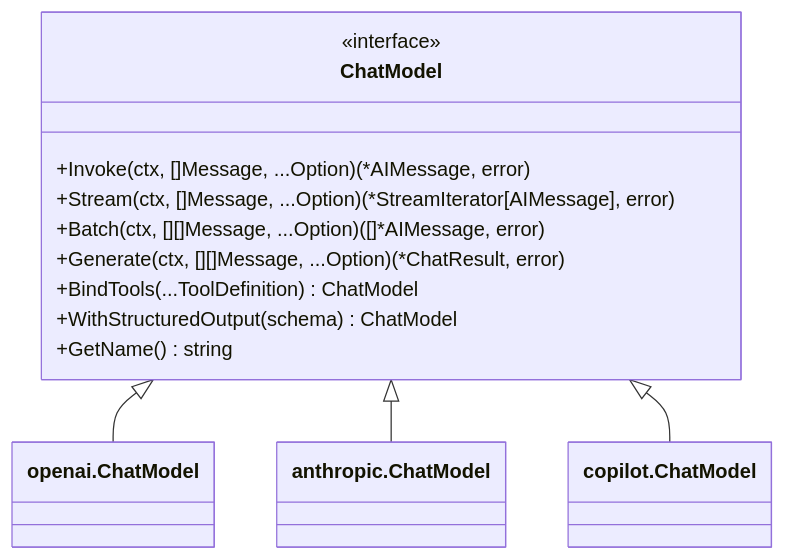
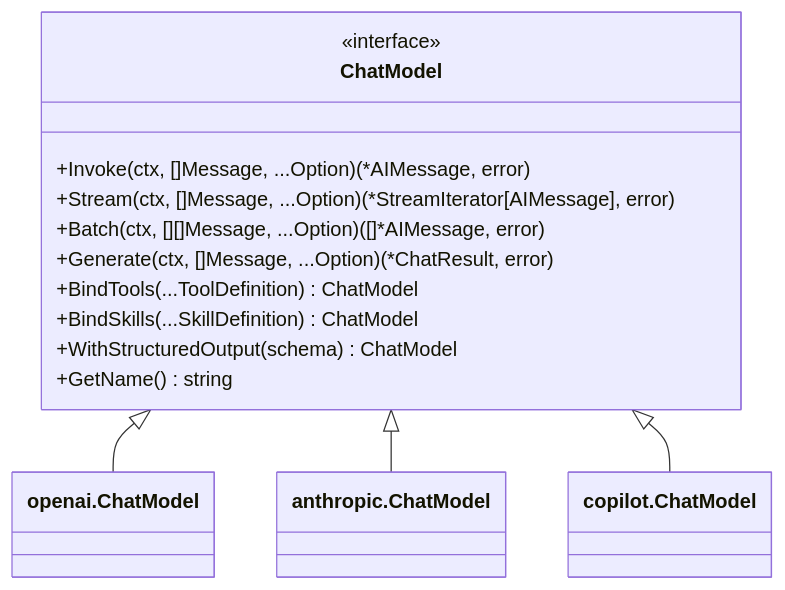
One commit to LucaLanziani/langchain-go changed the first of 2 diagrams in doc/providers.md. Above: the diagram before and after it, drawn with Mermaid. The commit also changed other lines of this file and 17 other files, not shown here.

````diff
--- a/doc/providers.md
+++ b/doc/providers.md
@@ -29,16 +33,17 @@
 ```mermaid
 classDiagram
     class ChatModel {
         <<interface>>
         +Invoke(ctx, []Message, ...Option) (*AIMessage, error)
         +Stream(ctx, []Message, ...Option) (*StreamIterator[AIMessage], error)
         +Batch(ctx, [][]Message, ...Option) ([]*AIMessage, error)
-        +Generate(ctx, [][]Message, ...Option) (*ChatResult, error)
+        +Generate(ctx, []Message, ...Option) (*ChatResult, error)
         +BindTools(...ToolDefinition) ChatModel
+        +BindSkills(...SkillDefinition) ChatModel
         +WithStructuredOutput(schema) ChatModel
         +GetName() string
     }
     ChatModel <|-- openai.ChatModel
     ChatModel <|-- anthropic.ChatModel
     ChatModel <|-- copilot.ChatModel
 ```
````
